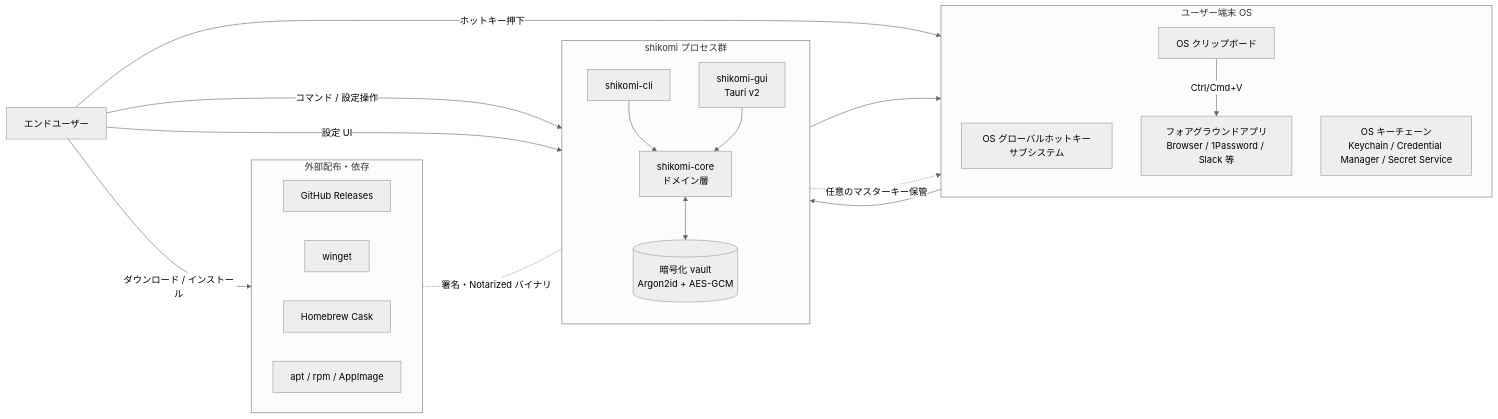
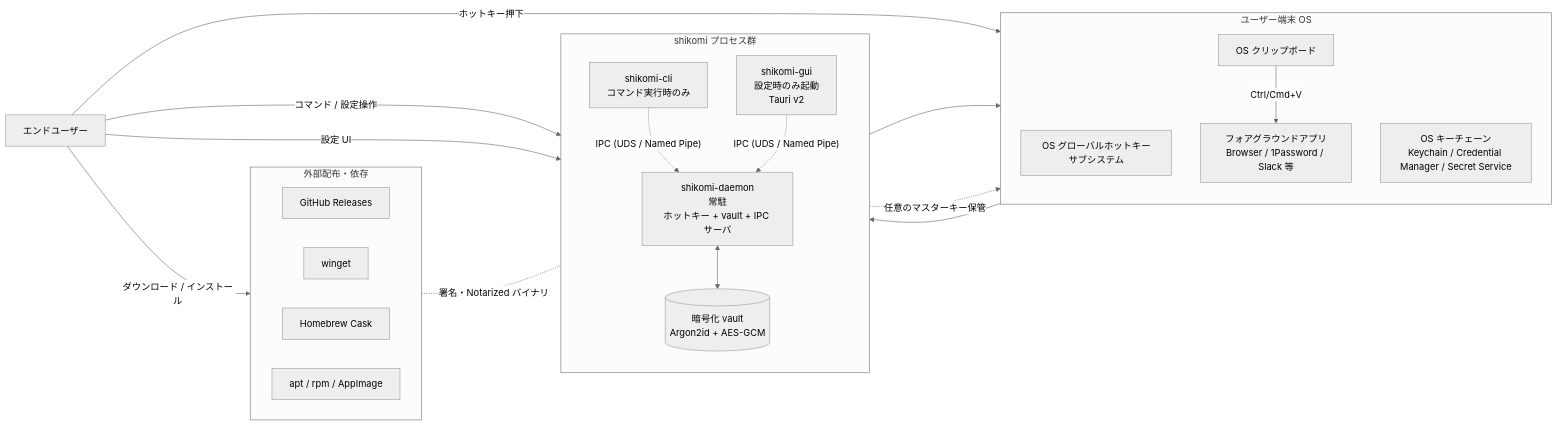
Before and after one commit to shikomi-dev/shikomi: the first of 2 diagrams in docs/architecture/context.md, drawn with Mermaid (neutral theme). The commit also changed other lines of this file and 4 other files, not shown here.

First line of the commit message:
docs(architecture): レビュー指摘対応 — プロセスモデル / IPC 認証 / 暗号運用詳細 / 初回UX

````diff
--- a/docs/architecture/context.md
+++ b/docs/architecture/context.md
@@ -13,40 +13,40 @@
 ```mermaid
 flowchart LR
     User[エンドユーザー]
     subgraph Host[ユーザー端末 OS]
         direction TB
         Hotkey[OS グローバルホットキーサブシステム]
         ClipSys[OS クリップボード]
         Keychain[OS キーチェーン<br/>Keychain / Credential Manager / Secret Service]
         FG[フォアグラウンドアプリ<br/>Browser / 1Password / Slack 等]
     end
     subgraph Shikomi[shikomi プロセス群]
         direction TB
-        Core[shikomi-core<br/>ドメイン層]
-        Cli[shikomi-cli]
-        Gui[shikomi-gui<br/>Tauri v2]
-        Store[(暗号化 vault<br/>Argon2id + AES-GCM)]
+        Daemon["shikomi-daemon<br/>常駐<br/>ホットキー + vault + IPC サーバ"]
+        Cli["shikomi-cli<br/>コマンド実行時のみ"]
+        Gui["shikomi-gui<br/>設定時のみ起動<br/>Tauri v2"]
+        Store[("暗号化 vault<br/>Argon2id + AES-GCM")]
     end
 
     User -- ホットキー押下 --> Hotkey
     User -- コマンド / 設定操作 --> Cli
     User -- 設定 UI --> Gui
-    Hotkey --> Core
-    Core --> ClipSys
+    Hotkey --> Daemon
+    Daemon --> ClipSys
     ClipSys -- Ctrl/Cmd+V --> FG
-    Core <--> Store
-    Core -. 任意のマスターキー保管 .-> Keychain
-    Cli --> Core
-    Gui --> Core
+    Daemon <--> Store
+    Daemon -. 任意のマスターキー保管 .-> Keychain
+    Cli -. IPC (UDS / Named Pipe) .-> Daemon
+    Gui -. IPC (UDS / Named Pipe) .-> Daemon
 
     subgraph External[外部配布・依存]
         direction LR
         GitHub[GitHub Releases]
         Winget[winget]
         Homebrew[Homebrew Cask]
         APT[apt / rpm / AppImage]
     end
 
     User -- ダウンロード / インストール --> External
     External -. 署名・Notarized バイナリ .- Shikomi
 ```
````
